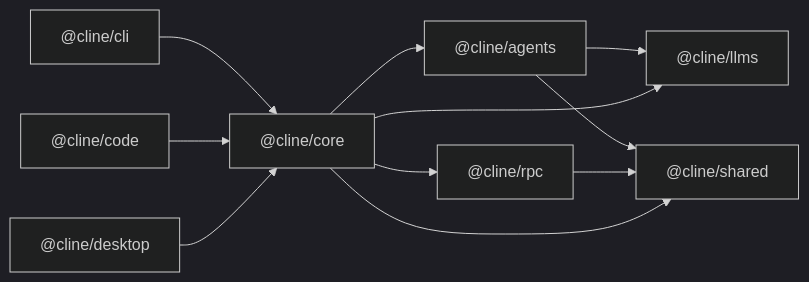
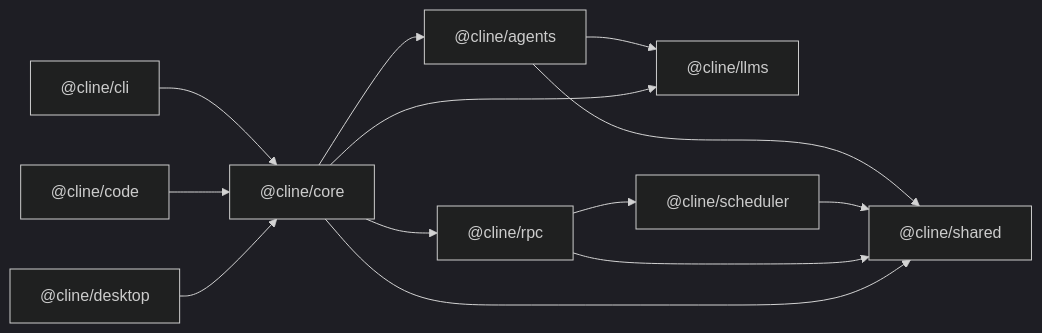
One commit to Dastan-Prince/cline-cn changed the diagram in sdk/AGENTS.md. Above: the diagram before and after it, drawn with Mermaid (dark theme). The commit also changed other lines of this file and 50 other files, not shown here.

````diff
--- a/sdk/AGENTS.md
+++ b/sdk/AGENTS.md
@@ -35,22 +36,25 @@
 ```mermaid
 flowchart LR
   shared["@cline/shared"]
   llms["@cline/llms"]
+  scheduler["@cline/scheduler"]
   agents["@cline/agents"]
   rpc["@cline/rpc"]
   core["@cline/core"]
   cli["@cline/cli"]
   code["@cline/code"]
   desktop["@cline/desktop"]
 
   agents --> llms
   agents --> shared
+  scheduler --> shared
+  rpc --> scheduler
   rpc --> shared
   core --> agents
   core --> llms
   core --> rpc
   core --> shared
   cli --> core
   code --> core
   desktop --> core
 ```
````
